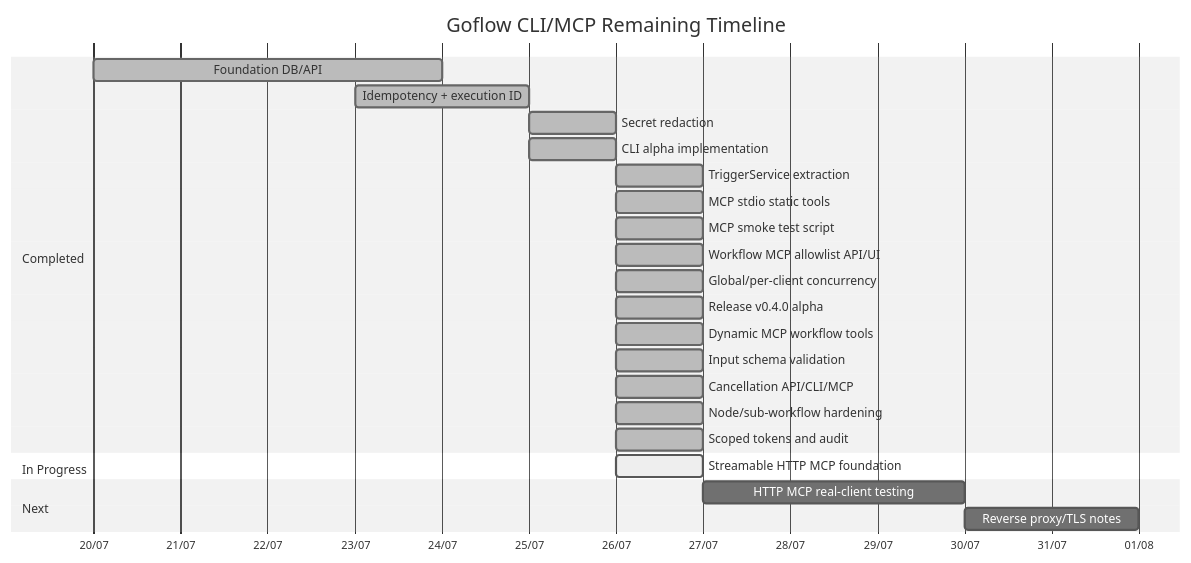
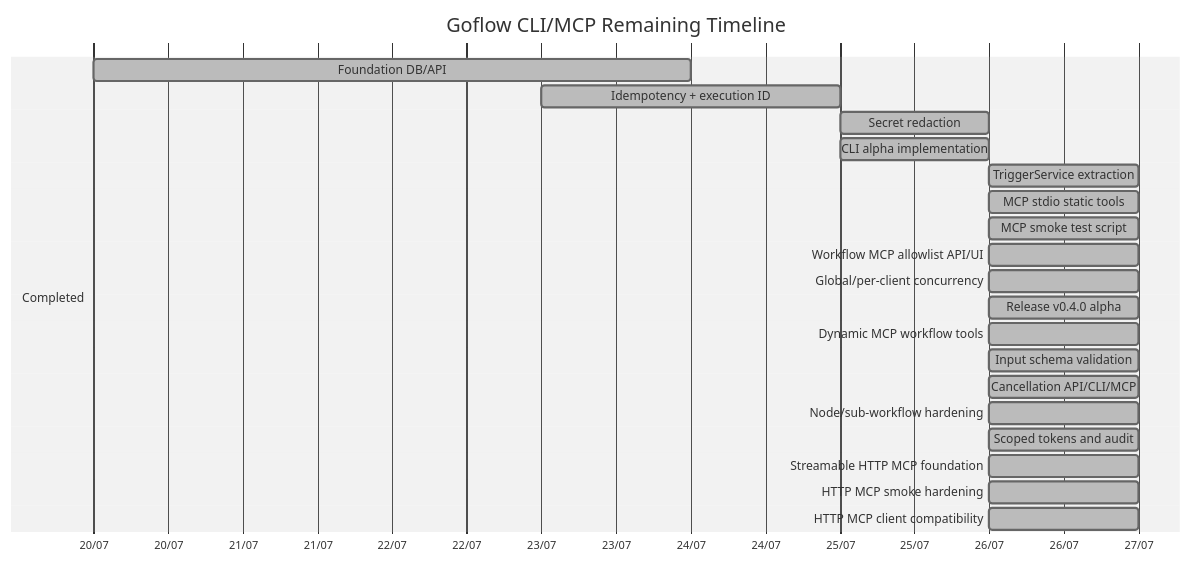
One commit to hstptcn5/Goflow changed the second of 2 diagrams in ROADMAP_PROGRESS.md. Above: the diagram before and after it, drawn with Mermaid (neutral theme). The commit also changed other lines of this file and 4 other files, not shown here.

First line of the commit message:
Add HTTP MCP workflow and dynamic tool smoke test

````diff
--- a/ROADMAP_PROGRESS.md
+++ b/ROADMAP_PROGRESS.md
@@ -84,30 +85,28 @@
 ```mermaid
 gantt
     title Goflow CLI/MCP Remaining Timeline
     dateFormat  YYYY-MM-DD
     axisFormat  %d/%m
 
     section Completed
     Foundation DB/API             :done, f1, 2026-07-20, 4d
     Idempotency + execution ID     :done, f2, 2026-07-23, 2d
     Secret redaction               :done, f3, 2026-07-25, 1d
     CLI alpha implementation       :done, cli1, 2026-07-25, 1d
     TriggerService extraction      :done, svc1, 2026-07-26, 1d
     MCP stdio static tools         :done, mcp1, 2026-07-26, 1d
     MCP smoke test script          :done, mcp2, 2026-07-26, 1d
     Workflow MCP allowlist API/UI  :done, mcp3, 2026-07-26, 1d
     Global/per-client concurrency  :done, hard0, 2026-07-26, 1d
     Release v0.4.0 alpha           :done, rel1, 2026-07-26, 1d
     Dynamic MCP workflow tools     :done, mcp4, 2026-07-26, 1d
     Input schema validation        :done, mcp5, 2026-07-26, 1d
     Cancellation API/CLI/MCP       :done, hard2, 2026-07-26, 1d
     Node/sub-workflow hardening    :done, hard1, 2026-07-26, 1d
     Scoped tokens and audit        :done, sec1, 2026-07-26, 1d
 
-    section In Progress
-    Streamable HTTP MCP foundation :active, http1, 2026-07-26, 1d
-
-    section Next
-    HTTP MCP real-client testing   :http2, after http1, 3d
-    Reverse proxy/TLS notes        :http3, after http2, 2d
+    section Completed
+    Streamable HTTP MCP foundation :done, http1, 2026-07-26, 1d
+    HTTP MCP smoke hardening       :done, http2, 2026-07-26, 1d
+    HTTP MCP client compatibility  :done, http3, 2026-07-26, 1d
 ```
````
